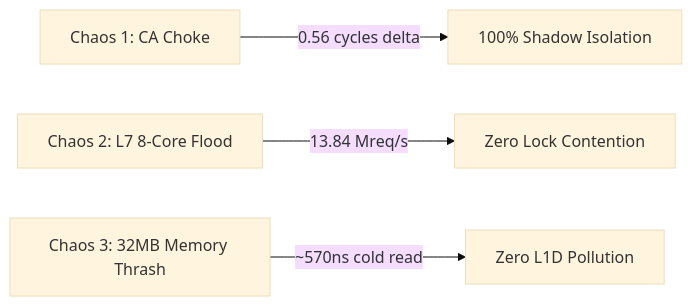
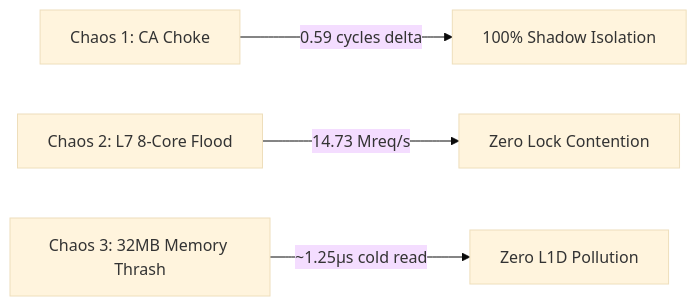
One commit to phucle996/velda-edge changed the diagram in crates/velda-plugin/src/background/acme_cert_rotator/MACHINE_CODE_ANALYSIS.md. Above: the diagram before and after it, drawn with Mermaid (base theme). The commit also changed other lines of this file and 4 other files, not shown here.

````diff
--- a/crates/velda-plugin/src/background/acme_cert_rotator/MACHINE_CODE_ANALYSIS.md
+++ b/crates/velda-plugin/src/background/acme_cert_rotator/MACHINE_CODE_ANALYSIS.md
@@ -71,6 +140,6 @@
 ```mermaid
 flowchart LR
-    C1["Chaos 1: CA Choke"] -->|"0.56 cycles delta"| P1["100% Shadow Isolation"]
-    C2["Chaos 2: L7 8-Core Flood"] -->|"13.84 Mreq/s"| P2["Zero Lock Contention"]
-    C3["Chaos 3: 32MB Memory Thrash"] -->|"~570ns cold read"| P3["Zero L1D Pollution"]
+    C1["Chaos 1: CA Choke"] -->|"0.59 cycles delta"| P1["100% Shadow Isolation"]
+    C2["Chaos 2: L7 8-Core Flood"] -->|"14.73 Mreq/s"| P2["Zero Lock Contention"]
+    C3["Chaos 3: 32MB Memory Thrash"] -->|"~1.25µs cold read"| P3["Zero L1D Pollution"]
 ```
````
